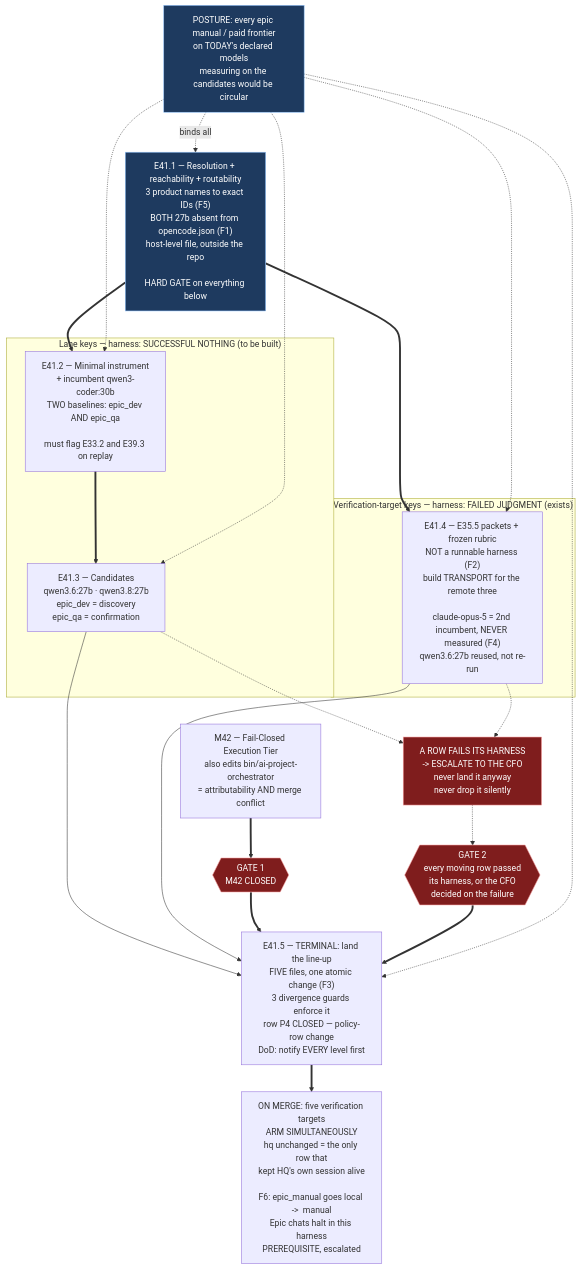
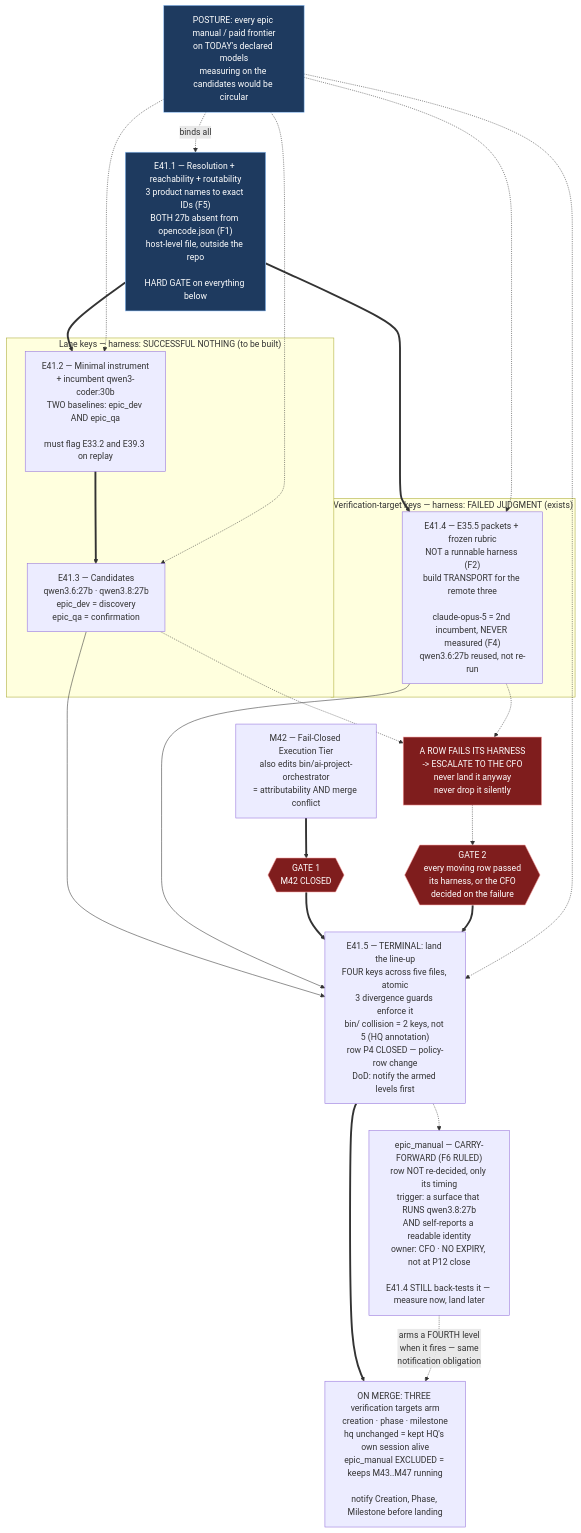
Before and after one commit to panchew/ai-project-system: the diagram in docs/phases/P12__Completion_Fail_Closed_Defaults_and_the_Drivr_MVP/P12-M41__milestone-spec.md, drawn with Mermaid. The commit also changed other lines of this file and 1 other file, not shown here.

First line of the commit message:
governance(P12-M41): amend for the F6 ruling — epic_manual decoupled from E41.5

````diff
--- a/docs/phases/P12__Completion_Fail_Closed_Defaults_and_the_Drivr_MVP/P12-M41__milestone-spec.md
+++ b/docs/phases/P12__Completion_Fail_Closed_Defaults_and_the_Drivr_MVP/P12-M41__milestone-spec.md
@@ -572,50 +651,54 @@
 ```mermaid
 flowchart TB
   E1["E41.1 — Resolution + reachability + routability<br/>3 product names to exact IDs (F5)<br/>BOTH 27b absent from opencode.json (F1)<br/>host-level file, outside the repo<br/><br/>HARD GATE on everything below"]
 
   subgraph LANES["Lane keys — harness: SUCCESSFUL NOTHING (to be built)"]
     E2["E41.2 — Minimal instrument<br/>+ incumbent qwen3-coder:30b<br/>TWO baselines: epic_dev AND epic_qa<br/><br/>must flag E33.2 and E39.3 on replay"]
     E3["E41.3 — Candidates<br/>qwen3.6:27b · qwen3.8:27b<br/>epic_dev = discovery<br/>epic_qa = confirmation"]
     E2 ==> E3
   end
 
   subgraph TARGETS["Verification-target keys — harness: FAILED JUDGMENT (exists)"]
     E4["E41.4 — E35.5 packets + frozen rubric<br/>NOT a runnable harness (F2)<br/>build TRANSPORT for the remote three<br/><br/>claude-opus-5 = 2nd incumbent, NEVER measured (F4)<br/>qwen3.6:27b reused, not re-run"]
   end
 
   E1 ==> E2
   E1 ==> E4
 
-  E5["E41.5 — TERMINAL: land the line-up<br/>FIVE files, one atomic change (F3)<br/>3 divergence guards enforce it<br/>row P4 CLOSED — policy-row change<br/>DoD: notify EVERY level first"]
+  E5["E41.5 — TERMINAL: land the line-up<br/>FOUR keys across five files, atomic<br/>3 divergence guards enforce it<br/>bin/ collision = 2 keys, not 5 (HQ annotation)<br/>row P4 CLOSED — policy-row change<br/>DoD: notify the armed levels first"]
+
+  CF["epic_manual — CARRY-FORWARD (F6 RULED)<br/>row NOT re-decided, only its timing<br/>trigger: a surface that RUNS qwen3.8:27b<br/>AND self-reports a readable identity<br/>owner: CFO · NO EXPIRY, not at P12 close<br/><br/>E41.4 STILL back-tests it — measure now, land later"]
+  E5 -.-> CF
 
   E3 --> E5
   E4 --> E5
 
   G1{{"GATE 1<br/>M42 CLOSED"}}
   G2{{"GATE 2<br/>every moving row passed<br/>its harness, or the CFO<br/>decided on the failure"}}
   G1 ==> E5
   G2 ==> E5
 
   M42["M42 — Fail-Closed Execution Tier<br/>also edits bin/ai-project-orchestrator<br/>= attributability AND merge conflict"]
   M42 ==> G1
 
   FAIL["A ROW FAILS ITS HARNESS<br/>-> ESCALATE TO THE CFO<br/>never land it anyway<br/>never drop it silently"]
   E3 -.-> FAIL
   E4 -.-> FAIL
   FAIL -.-> G2
 
-  ARM["ON MERGE: five verification targets<br/>ARM SIMULTANEOUSLY<br/>hq unchanged = the only row that<br/>kept HQ's own session alive<br/><br/>F6: epic_manual goes local ->  manual<br/>Epic chats halt in this harness<br/>PREREQUISITE, escalated"]
+  ARM["ON MERGE: THREE verification targets arm<br/>creation · phase · milestone<br/>hq unchanged = kept HQ's own session alive<br/>epic_manual EXCLUDED = keeps M43..M47 running<br/><br/>notify Creation, Phase, Milestone before landing"]
   E5 ==> ARM
+  CF -.->|"arms a FOURTH level<br/>when it fires — same<br/>notification obligation"| ARM
 
   CIRC["POSTURE: every epic manual / paid frontier<br/>on TODAY's declared models<br/>measuring on the candidates would be circular"]
   CIRC -.binds all.-> E1
   CIRC -.-> E2
   CIRC -.-> E3
   CIRC -.-> E4
   CIRC -.-> E5
 
   classDef gate fill:#7f1d1d,stroke:#fca5a5,color:#fff
   classDef hard fill:#1e3a5f,stroke:#93c5fd,color:#fff
   class G1,G2,FAIL gate
   class E1,CIRC hard
 ```
````
